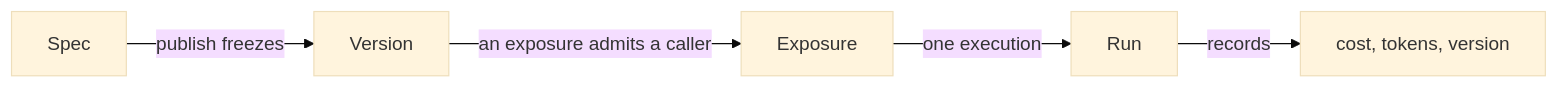
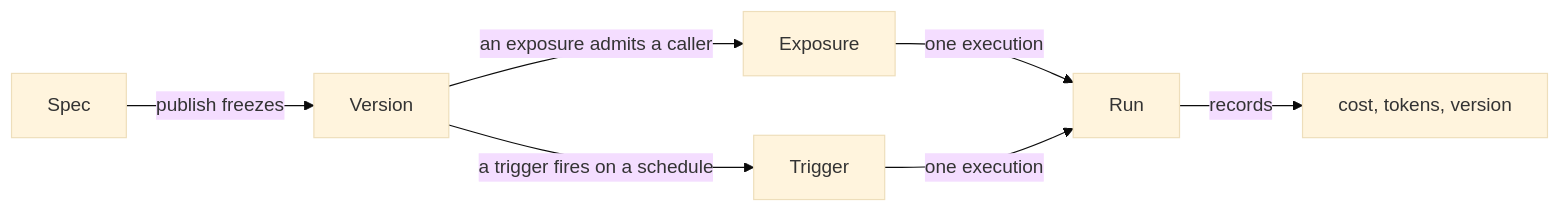
Before and after one commit to vstorm-co/agenticos: the diagram in docs/concepts.md, drawn with Mermaid (base theme). The commit also changed other lines of this file and 1 other file, not shown here.

````diff
--- a/docs/concepts.md
+++ b/docs/concepts.md
@@ -6,7 +6,9 @@
 ```mermaid
 graph LR
     S[Spec] -->|publish freezes| V[Version]
     V -->|an exposure admits a caller| E[Exposure]
+    V -->|a trigger fires on a schedule| T[Trigger]
     E -->|one execution| R[Run]
+    T -->|one execution| R
     R -->|records| C[cost, tokens, version]
 ```
````
